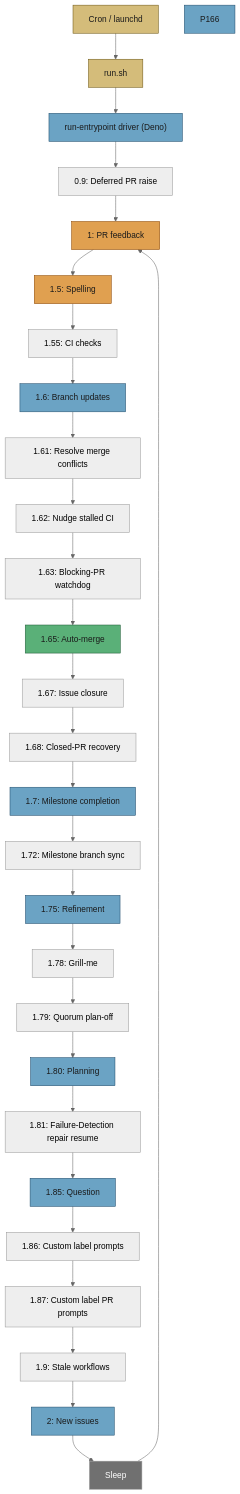
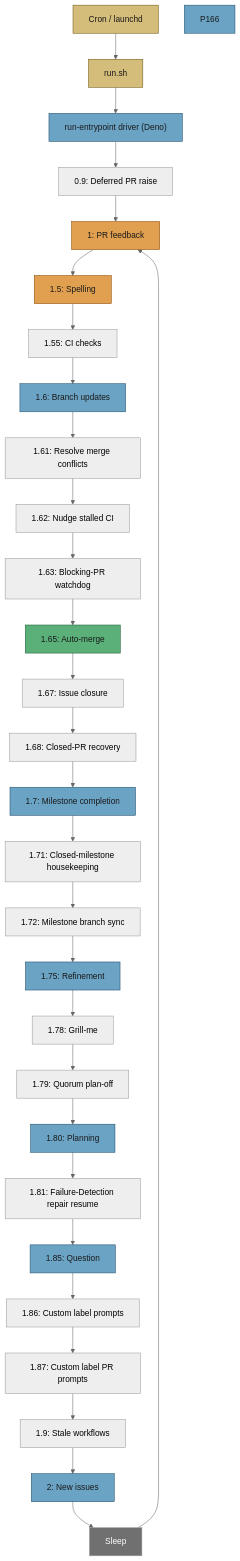
One commit to stSoftwareAU/VibeCoder changed the second of 4 diagrams in docs/workflows/README.md. Above: the diagram before and after it, drawn with Mermaid (neutral theme). The commit also changed other lines of this file and 8 other files, not shown here.

````diff
--- a/docs/workflows/README.md
+++ b/docs/workflows/README.md
@@ -144,44 +144,45 @@
 ```mermaid
 flowchart TD
   Cron["Cron / launchd"] --> Run["run.sh"]
   Run --> Core["run-entrypoint driver (Deno)"]
   Core --> P09["0.9: Deferred PR raise"]
   P09 --> P1["1: PR feedback"]
   P1 --> P15["1.5: Spelling"]
   P15 --> P155["1.55: CI checks"]
   P155 --> P16["1.6: Branch updates"]
   P16 --> P161["1.61: Resolve merge conflicts"]
   P161 --> P162["1.62: Nudge stalled CI"]
   P162 --> P163["1.63: Blocking-PR watchdog"]
   P163 --> P165["1.65: Auto-merge"]
   P165 --> P167["1.67: Issue closure"]
   P167 --> P168["1.68: Closed-PR recovery"]
   P168 --> P17["1.7: Milestone completion"]
-  P17 --> P172["1.72: Milestone branch sync"]
+  P17 --> P171["1.71: Closed-milestone housekeeping"]
+  P171 --> P172["1.72: Milestone branch sync"]
   P172 --> P175["1.75: Refinement"]
   P175 --> P178["1.78: Grill-me"]
   P178 --> P179["1.79: Quorum plan-off"]
   P179 --> P18["1.80: Planning"]
   P18 --> P181["1.81: Failure-Detection repair resume"]
   P181 --> P185["1.85: Question"]
   P185 --> P186["1.86: Custom label prompts"]
   P186 --> P187["1.87: Custom label PR prompts"]
   P187 --> P19["1.9: Stale workflows"]
   P19 --> P2["2: New issues"]
   P2 --> Sleep["Sleep"]
   Sleep --> P1
   style Cron fill:#d4bc7a,stroke:#6b5510,color:#1a1a1a
   style Run fill:#d4bc7a,stroke:#6b5510,color:#1a1a1a
   style Core fill:#6ba3c4,stroke:#1d4a6a,color:#1a1a1a
   style P1 fill:#e0a050,stroke:#8b4500,color:#1a1a1a
   style P15 fill:#e0a050,stroke:#8b4500,color:#1a1a1a
   style P16 fill:#6ba3c4,stroke:#1d4a6a,color:#1a1a1a
   style P165 fill:#5ab078,stroke:#1d5a35,color:#1a1a1a
   style P166 fill:#6ba3c4,stroke:#1d4a6a,color:#1a1a1a
   style P17 fill:#6ba3c4,stroke:#1d4a6a,color:#1a1a1a
   style P175 fill:#6ba3c4,stroke:#1d4a6a,color:#1a1a1a
   style P18 fill:#6ba3c4,stroke:#1d4a6a,color:#1a1a1a
   style P185 fill:#6ba3c4,stroke:#1d4a6a,color:#1a1a1a
   style P2 fill:#6ba3c4,stroke:#1d4a6a,color:#1a1a1a
   style Sleep fill:#707070,stroke:,color:#fff
 ```
````
